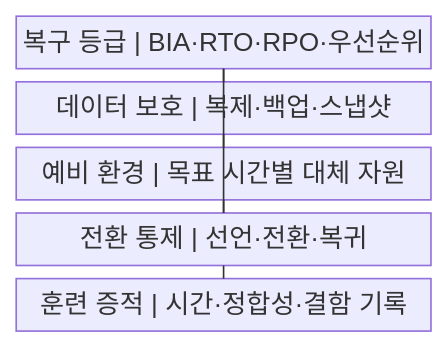
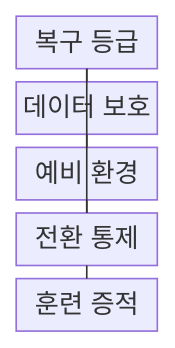
Before and after one commit to agnusdei1207/knowledge-base: the first of 2 diagrams in src/content/docs/notes/03-software/197_disaster_recovery_rto_rpo.md, drawn with Mermaid. The commit also changed other lines of this file and 238 other files, not shown here.

````diff
--- a/src/content/docs/notes/03-software/197_disaster_recovery_rto_rpo.md
+++ b/src/content/docs/notes/03-software/197_disaster_recovery_rto_rpo.md
@@ -55,14 +59,14 @@
 ```mermaid
-block
+block-beta
     columns 1
-    A["복구 등급 | BIA·RTO·RPO·우선순위"]
-    B["데이터 보호 | 복제·백업·스냅샷"]
-    C["예비 환경 | 목표 시간별 대체 자원"]
-    D["전환 통제 | 선언·전환·복귀"]
-    E["훈련 증적 | 시간·정합성·결함 기록"]
+    A["복구 등급"]
+    B["데이터 보호"]
+    C["예비 환경"]
+    D["전환 통제"]
+    E["훈련 증적"]
     A --- B
     A --- C
     B --- D
     C --- D
     D --- E
 ```
````
